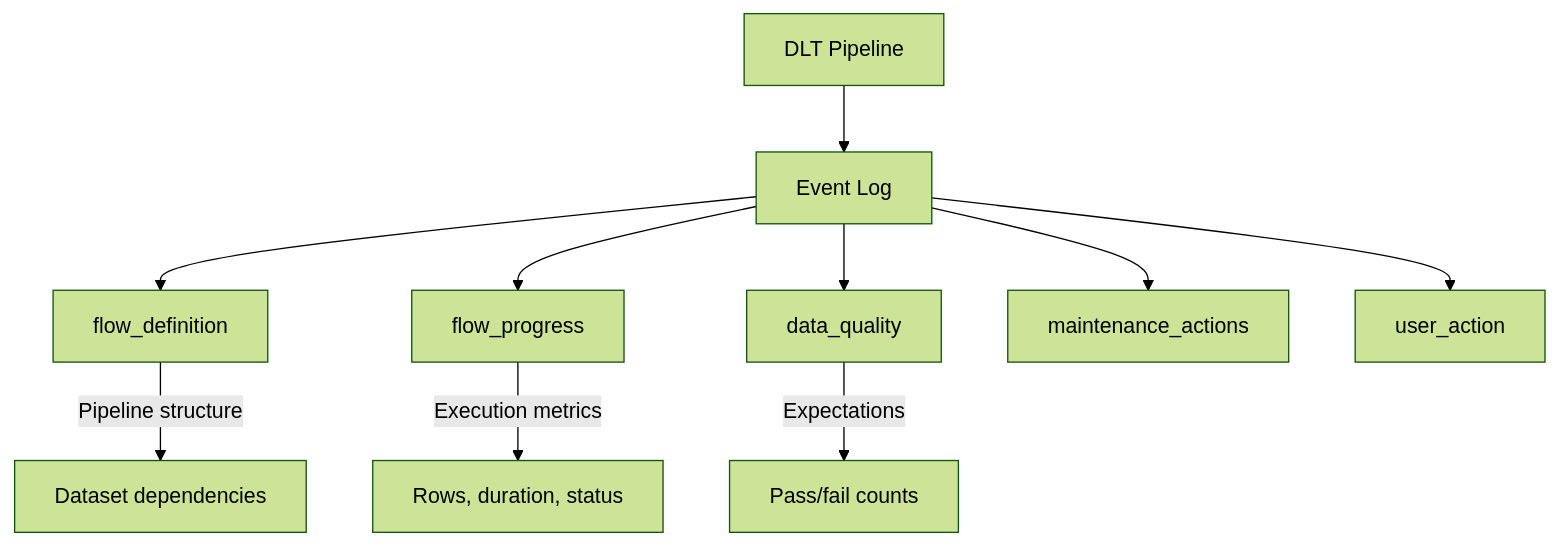
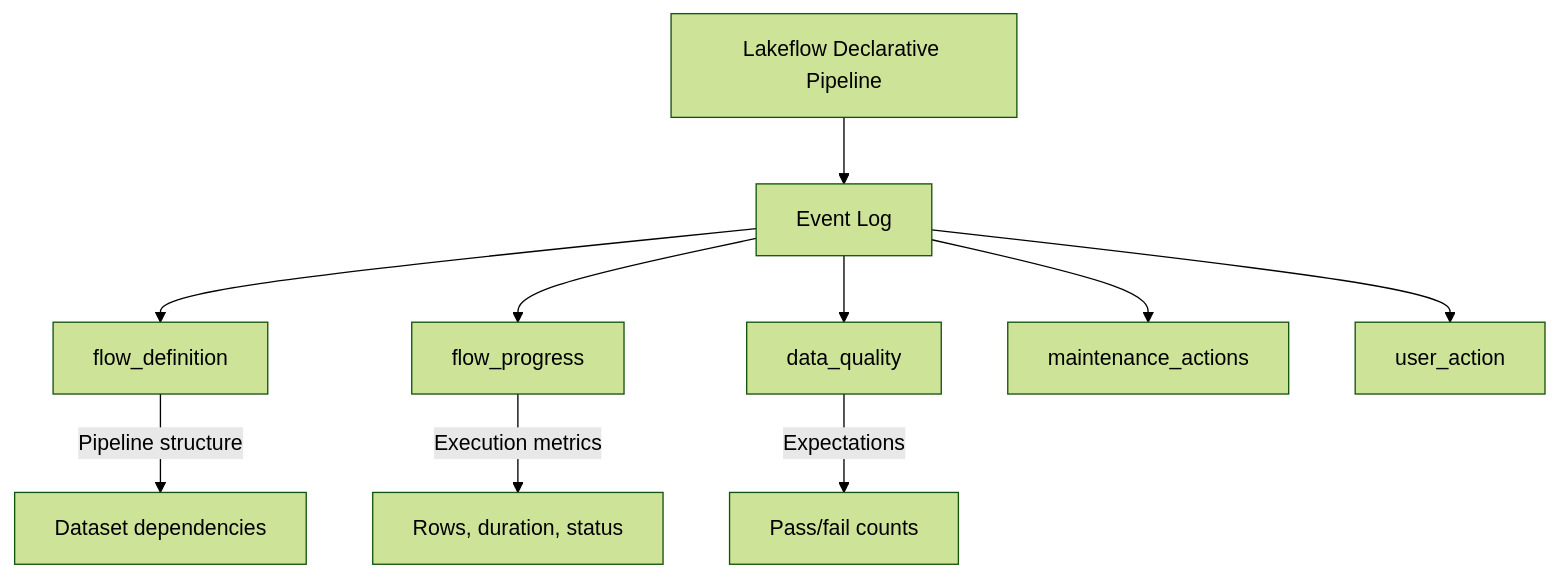
One commit to kengio/databricks-certification-study-guide changed the diagram in certifications/data-engineer-professional/04-monitoring-and-alerting/02-lakeflow-event-logs.md. Above: the diagram before and after it, drawn with Mermaid (forest theme). The commit also changed other lines of this file and 30 other files, not shown here.

````diff
--- a/certifications/data-engineer-professional/04-monitoring-and-alerting/02-lakeflow-event-logs.md
+++ b/certifications/data-engineer-professional/04-monitoring-and-alerting/02-lakeflow-event-logs.md
@@ -18,14 +18,14 @@
 ```mermaid
 flowchart TB
-    Pipeline[DLT Pipeline] --> EventLog[Event Log]
+    Pipeline[Lakeflow Declarative Pipeline] --> EventLog[Event Log]
 
     EventLog --> Definition[flow_definition]
     EventLog --> Progress[flow_progress]
     EventLog --> Quality[data_quality]
     EventLog --> Maintenance[maintenance_actions]
     EventLog --> UserAction[user_action]
 
     Definition --> |Pipeline structure| Graph[Dataset dependencies]
     Progress --> |Execution metrics| Metrics[Rows, duration, status]
     Quality --> |Expectations| Expectations[Pass/fail counts]
 ```
````
